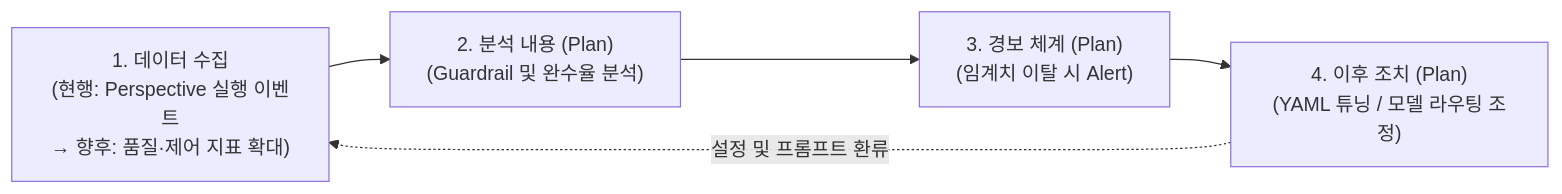
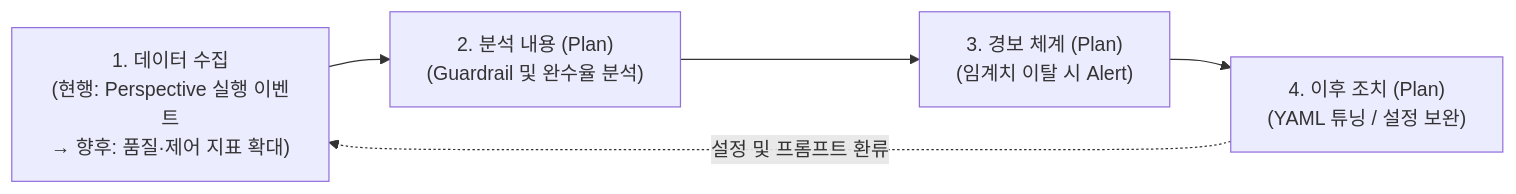
One commit to misjin05/playground changed the first of 2 diagrams in AIS/Reports/Slide22_23_Update.md. Above: the diagram before and after it, drawn with Mermaid. The commit also changed other lines of this file and 1 other file, not shown here.

````diff
--- a/AIS/Reports/Slide22_23_Update.md
+++ b/AIS/Reports/Slide22_23_Update.md
@@ -27,7 +21,7 @@
 ```mermaid
 graph LR
     S1["1. 데이터 수집<br/>(현행: Perspective 실행 이벤트<br/>→ 향후: 품질·제어 지표 확대)"] --> S2["2. 분석 내용 (Plan)<br/>(Guardrail 및 완수율 분석)"]
     S2 --> S3["3. 경보 체계 (Plan)<br/>(임계치 이탈 시 Alert)"]
-    S3 --> S4["4. 이후 조치 (Plan)<br/>(YAML 튜닝 / 모델 라우팅 조정)"]
+    S3 --> S4["4. 이후 조치 (Plan)<br/>(YAML 튜닝 / 설정 보완)"]
     S4 -.->|"설정 및 프롬프트 환류"| S1
 ```
````
